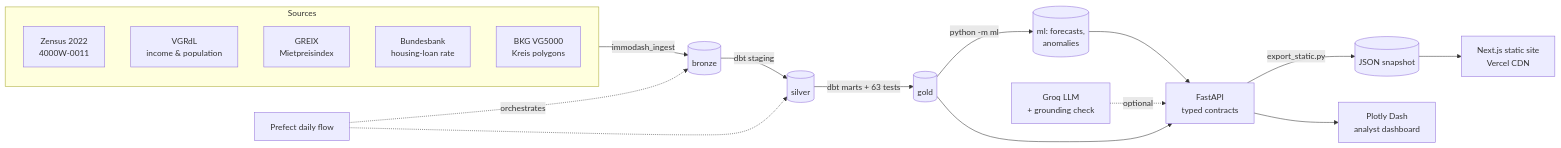
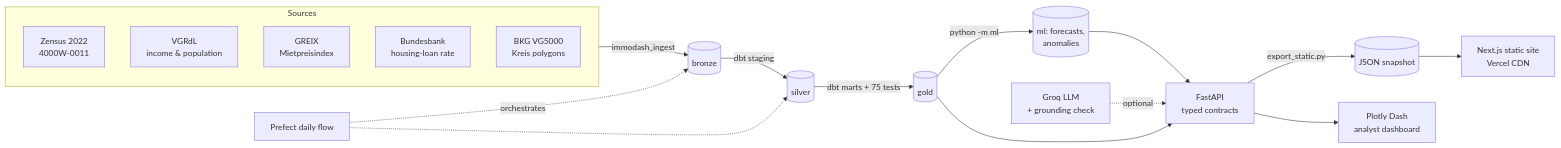
Before and after one commit to zoeb7184/immodash: the diagram in README.md, drawn with Mermaid. The commit also changed other lines of this file and 23 other files, not shown here.

````diff
--- a/README.md
+++ b/README.md
@@ -23,22 +23,22 @@
 ```mermaid
 flowchart LR
     subgraph Sources
         Z[Zensus 2022<br/>4000W-0011]
         V[VGRdL<br/>income & population]
         G[GREIX<br/>Mietpreisindex]
         B[Bundesbank<br/>housing-loan rate]
         K[BKG VG5000<br/>Kreis polygons]
     end
     Sources -->|immodash_ingest| BR[(bronze)]
     BR -->|dbt staging| SI[(silver)]
-    SI -->|dbt marts + 63 tests| GO[(gold)]
+    SI -->|dbt marts + 75 tests| GO[(gold)]
     GO -->|python -m ml| ML[(ml: forecasts,<br/>anomalies)]
     GO --> API[FastAPI<br/>typed contracts]
     ML --> API
     LLM[Groq LLM<br/>+ grounding check] -.optional.-> API
     API -->|export_static.py| SNAP[(JSON snapshot)]
     SNAP --> WEB[Next.js static site<br/>Vercel CDN]
     API --> DASH[Plotly Dash<br/>analyst dashboard]
     PF[Prefect daily flow] -.orchestrates.-> BR
     PF -.-> SI
 ```
````
